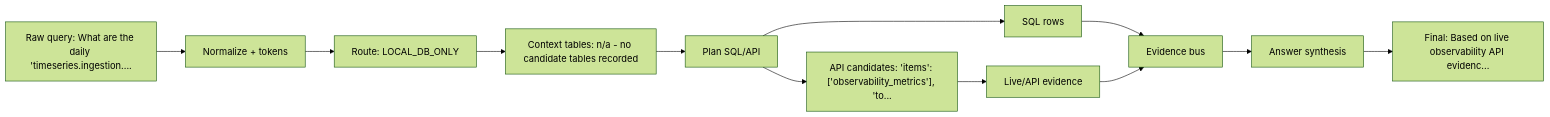
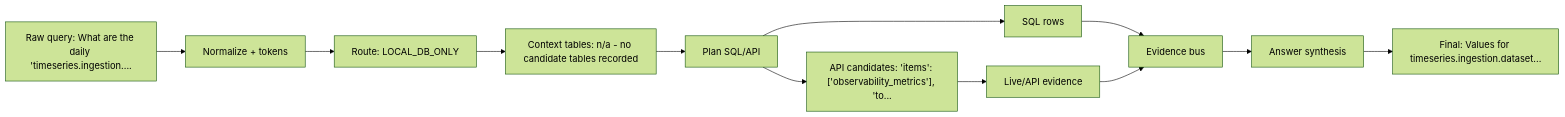
One commit to dashsys-workshop-vldb/dashsys-workshop-vldb.github.io changed the diagram in outputs/visualizations/query_example_033_dataflow.md. Above: the diagram before and after it, drawn with Mermaid (forest theme). The commit also changed other lines of this file and 246 other files, not shown here.

````diff
--- a/outputs/visualizations/query_example_033_dataflow.md
+++ b/outputs/visualizations/query_example_033_dataflow.md
@@ -17,14 +17,14 @@
 ```mermaid
 flowchart LR
   Q["Raw query: What are the daily 'timeseries.ingestion...."] --> N["Normalize + tokens"]
   N --> R["Route: LOCAL_DB_ONLY"]
   R --> C["Context tables: n/a - no candidate tables recorded"]
   C --> P["Plan SQL/API"]
   P --> S["SQL rows"]
   P --> A["API candidates: 'items': ['observability_metrics'], 'to..."]
   A --> E["Live/API evidence"]
   S --> V["Evidence bus"]
   E --> V
   V --> H["Answer synthesis"]
-  H --> F["Final: Based on live observability API evidenc..."]
+  H --> F["Final: Values for timeseries.ingestion.dataset..."]
 ```
````
